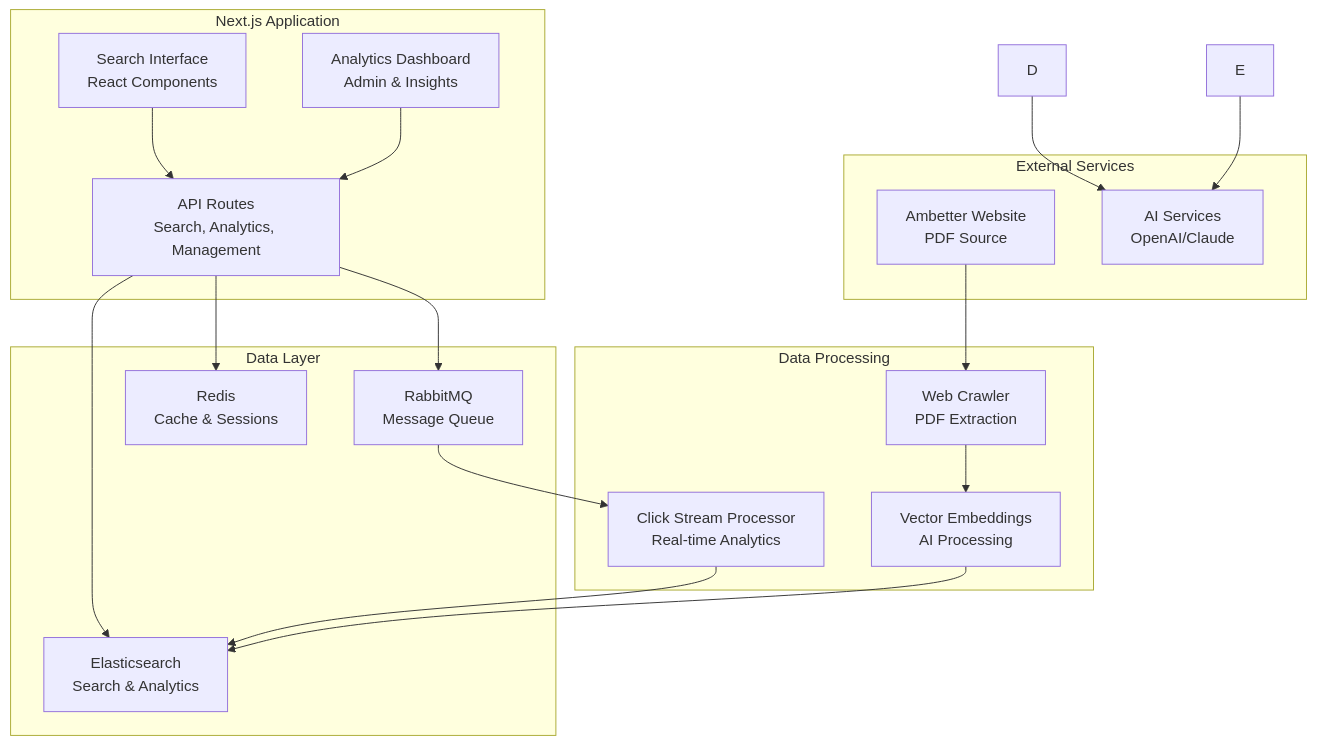
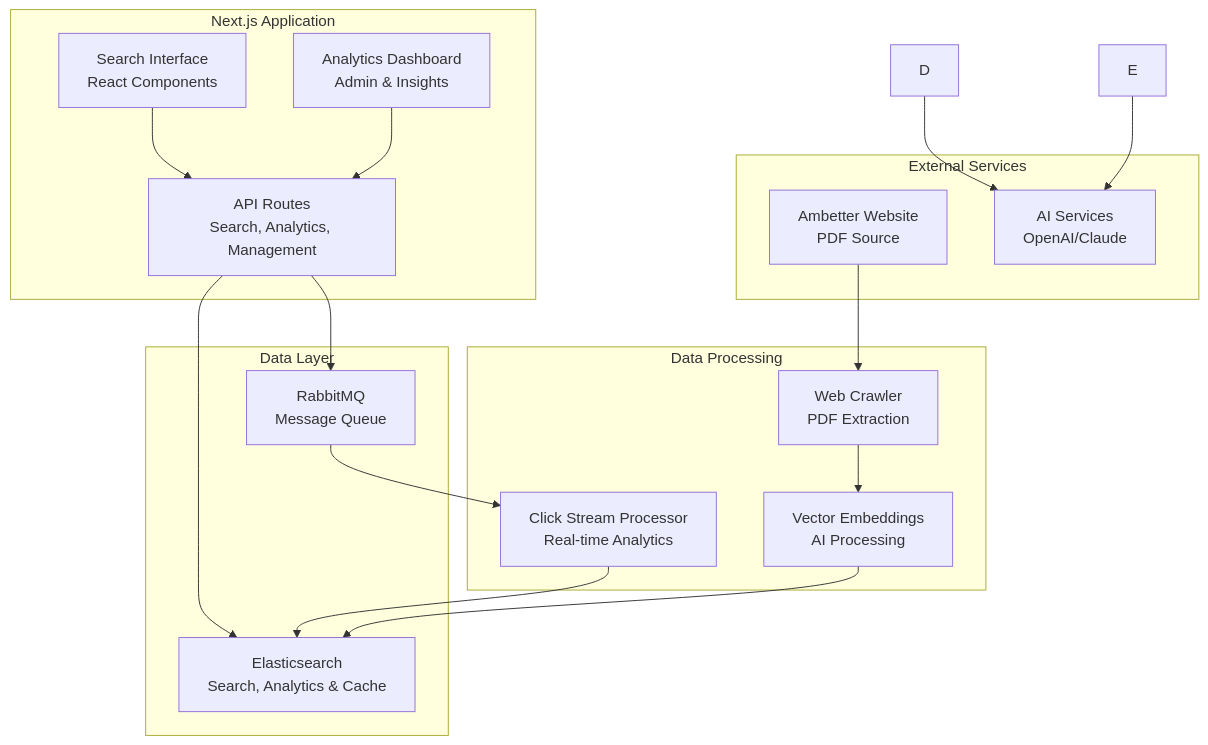
Before and after one commit to bommas/ambetter-project: the first of 6 diagrams in PROJECT_REQUIREMENTS.md, drawn with Mermaid. The commit also changed other lines of this file and 2 other files, not shown here.

First line of the commit message:
Remove Redis dependency - use Elasticsearch for everything

````diff
--- a/PROJECT_REQUIREMENTS.md
+++ b/PROJECT_REQUIREMENTS.md
@@ -7,41 +7,39 @@
 ```mermaid
 graph TB
     subgraph "Next.js Application"
         A[Search Interface<br/>React Components]
         B[Analytics Dashboard<br/>Admin & Insights]
         C[API Routes<br/>Search, Analytics, Management]
     end
     
     subgraph "Data Layer"
-        G[Elasticsearch<br/>Search & Analytics]
+        G[Elasticsearch<br/>Search, Analytics & Cache]
         H[RabbitMQ<br/>Message Queue]
-        I[Redis<br/>Cache & Sessions]
     end
     
     subgraph "External Services"
         J[Ambetter Website<br/>PDF Source]
         K[AI Services<br/>OpenAI/Claude]
     end
     
     subgraph "Data Processing"
         L[Web Crawler<br/>PDF Extraction]
         M[Vector Embeddings<br/>AI Processing]
         N[Click Stream Processor<br/>Real-time Analytics]
     end
     
     A --> C
     B --> C
     C --> G
     C --> H
-    C --> I
     
     H --> N
     N --> G
     
     J --> L
     L --> M
     M --> G
     
     D --> K
     E --> K
 ```
````
